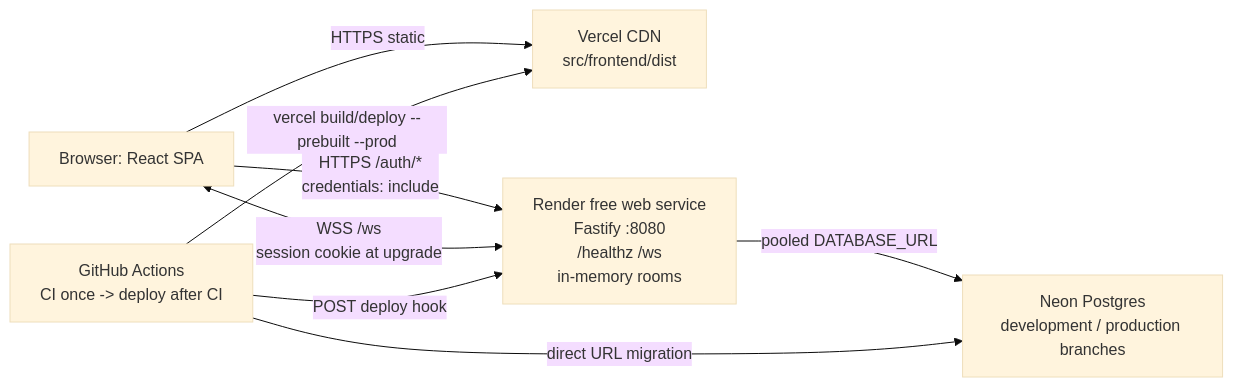
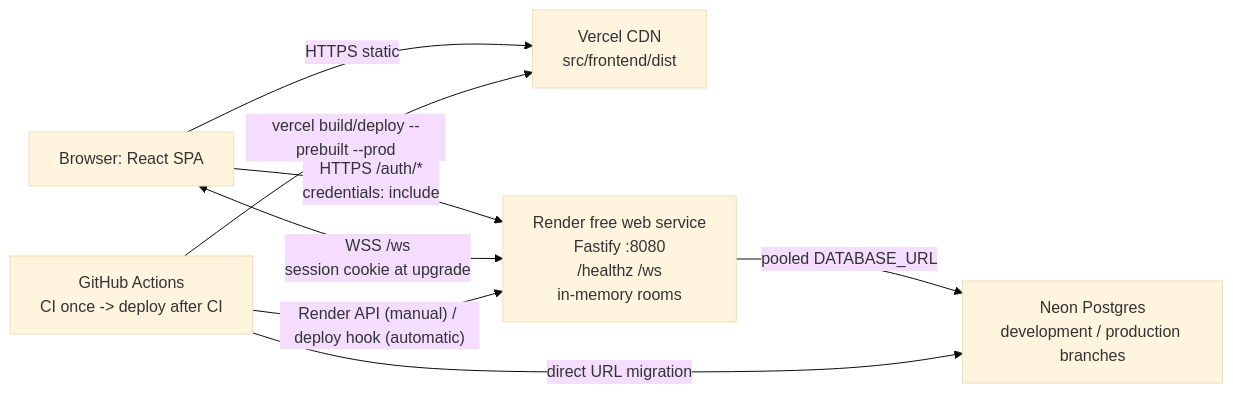
Before and after one commit to raultorres2603/CubeClicker: the diagram in docs/architecture/vercel-render-neon.md, drawn with Mermaid (base theme). The commit also changed other lines of this file and 4 other files, not shown here.

````diff
--- a/docs/architecture/vercel-render-neon.md
+++ b/docs/architecture/vercel-render-neon.md
@@ -14,10 +14,10 @@
 ```mermaid
 flowchart LR
   B["Browser: React SPA"] -->|"HTTPS static"| V["Vercel CDN<br/>src/frontend/dist"]
   B -->|"HTTPS /auth/*<br/>credentials: include"| R["Render free web service<br/>Fastify :8080<br/>/healthz /ws<br/>in-memory rooms"]
   B <-->|"WSS /ws<br/>session cookie at upgrade"| R
   R -->|"pooled DATABASE_URL"| N["Neon Postgres<br/>development / production branches"]
-  GH["GitHub Actions<br/>CI once -> deploy after CI"] -->|"POST deploy hook"| R
+  GH["GitHub Actions<br/>CI once -> deploy after CI"] -->|"Render API (manual) / deploy hook (automatic)"| R
   GH -->|"vercel build/deploy --prebuilt --prod"| V
   GH -->|"direct URL migration"| N
 ```
````
